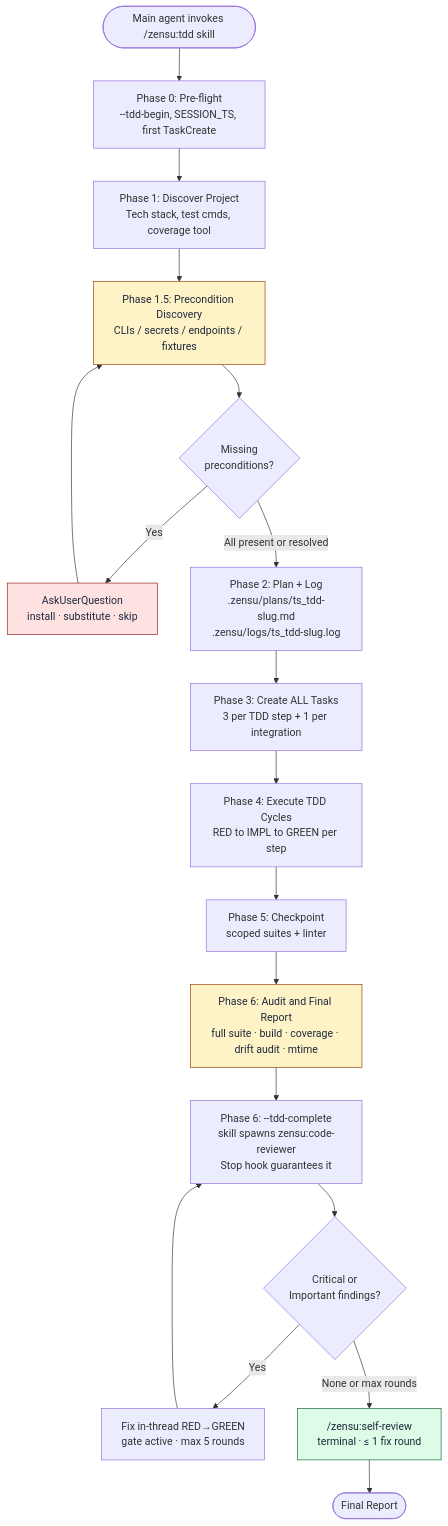
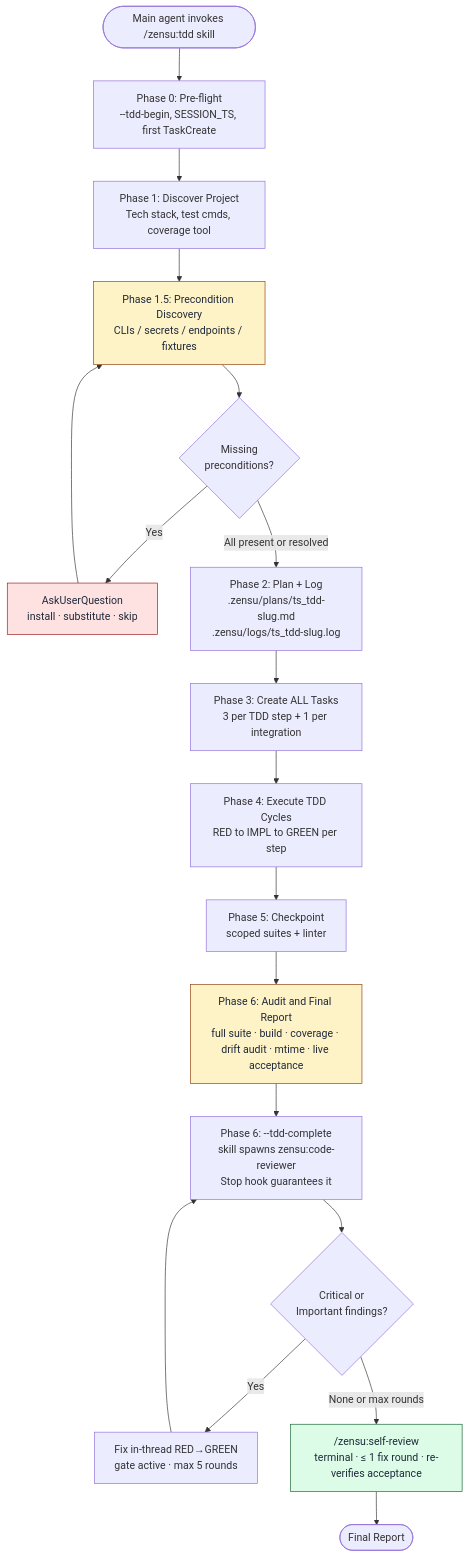
One commit to MKITConsulting/zensu-claude-code changed the first of 4 diagrams in docs/tdd-manager-workflow.md. Above: the diagram before and after it, drawn with Mermaid. The commit also changed other lines of this file and 47 other files, not shown here.

First line of the commit message:
feat(tdd): verify every acceptance criterion live before a chain can close

````diff
--- a/docs/tdd-manager-workflow.md
+++ b/docs/tdd-manager-workflow.md
@@ -84,25 +84,25 @@
 ```mermaid
 flowchart TD
     Start([Main agent invokes /zensu:tdd skill]) --> P0[Phase 0: Pre-flight<br/>--tdd-begin, SESSION_TS, first TaskCreate]
     P0 --> P1[Phase 1: Discover Project<br/>Tech stack, test cmds, coverage tool]
     P1 --> P15[Phase 1.5: Precondition Discovery<br/>CLIs / secrets / endpoints / fixtures]
     P15 --> Q{Missing<br/>preconditions?}
     Q -->|Yes| Ask[AskUserQuestion<br/>install · substitute · skip]
     Ask --> P15
     Q -->|All present or resolved| P2[Phase 2: Plan + Log<br/>.zensu/plans/ts_tdd-slug.md<br/>.zensu/logs/ts_tdd-slug.log]
     P2 --> P3[Phase 3: Create ALL Tasks<br/>3 per TDD step + 1 per integration]
     P3 --> P4[Phase 4: Execute TDD Cycles<br/>RED to IMPL to GREEN per step]
     P4 --> P5[Phase 5: Checkpoint<br/>scoped suites + linter]
-    P5 --> P6[Phase 6: Audit and Final Report<br/>full suite · build · coverage · drift audit · mtime]
+    P5 --> P6[Phase 6: Audit and Final Report<br/>full suite · build · coverage · drift audit · mtime · live acceptance]
     P6 --> Review[Phase 6: --tdd-complete<br/>skill spawns zensu:code-reviewer<br/>Stop hook guarantees it]
     Review --> Findings{Critical or<br/>Important findings?}
     Findings -->|Yes| AutoFix[Fix in-thread RED→GREEN<br/>gate active · max 5 rounds]
     AutoFix --> Review
-    Findings -->|None or max rounds| SelfRev["/zensu:self-review<br/>terminal · ≤ 1 fix round"]
+    Findings -->|None or max rounds| SelfRev["/zensu:self-review<br/>terminal · ≤ 1 fix round · re-verifies acceptance"]
     SelfRev --> Done([Final Report])
 
     style P15 fill:#fef3c7,stroke:#92400e,color:#1e293b
     style P6 fill:#fef3c7,stroke:#92400e,color:#1e293b
     style Ask fill:#fee2e2,stroke:#991b1b,color:#1e293b
     style SelfRev fill:#dcfce7,stroke:#166534,color:#1e293b
 ```
````
